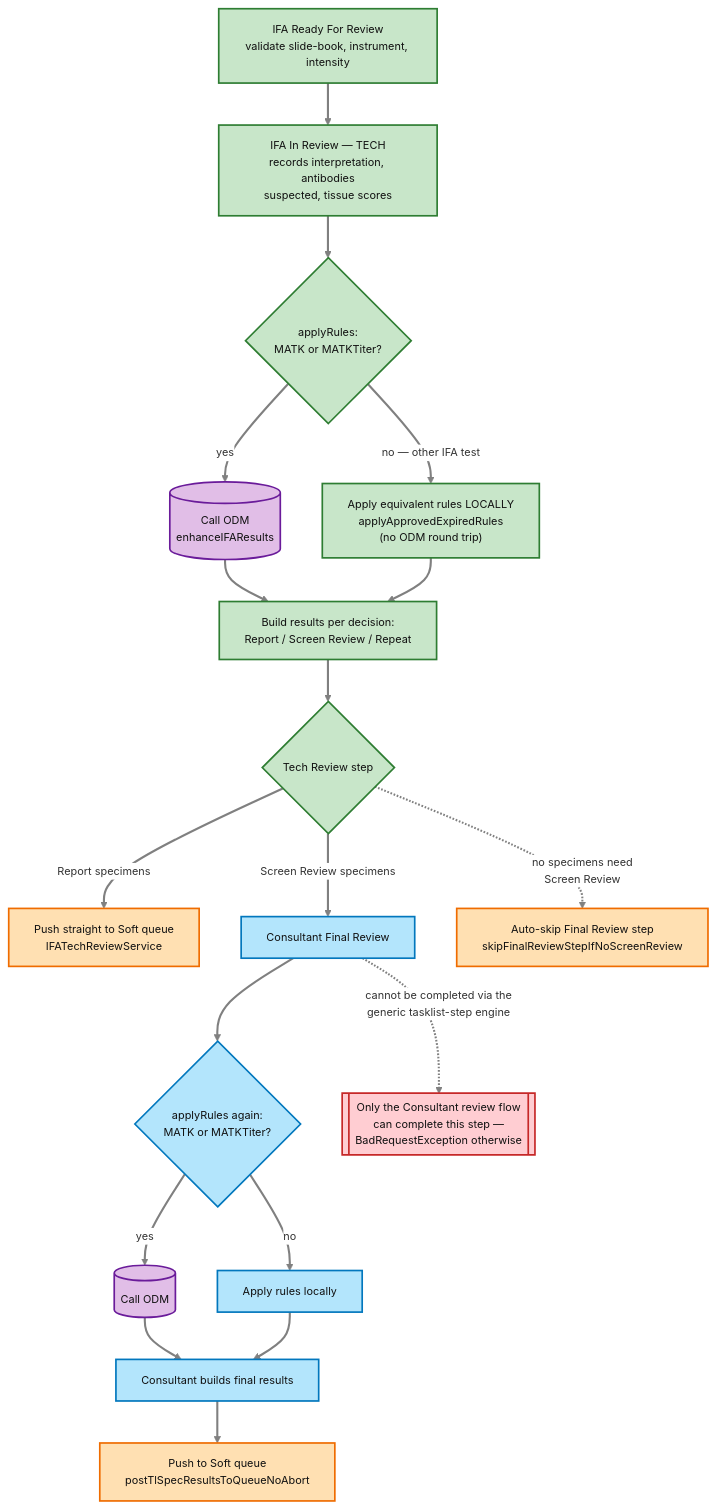
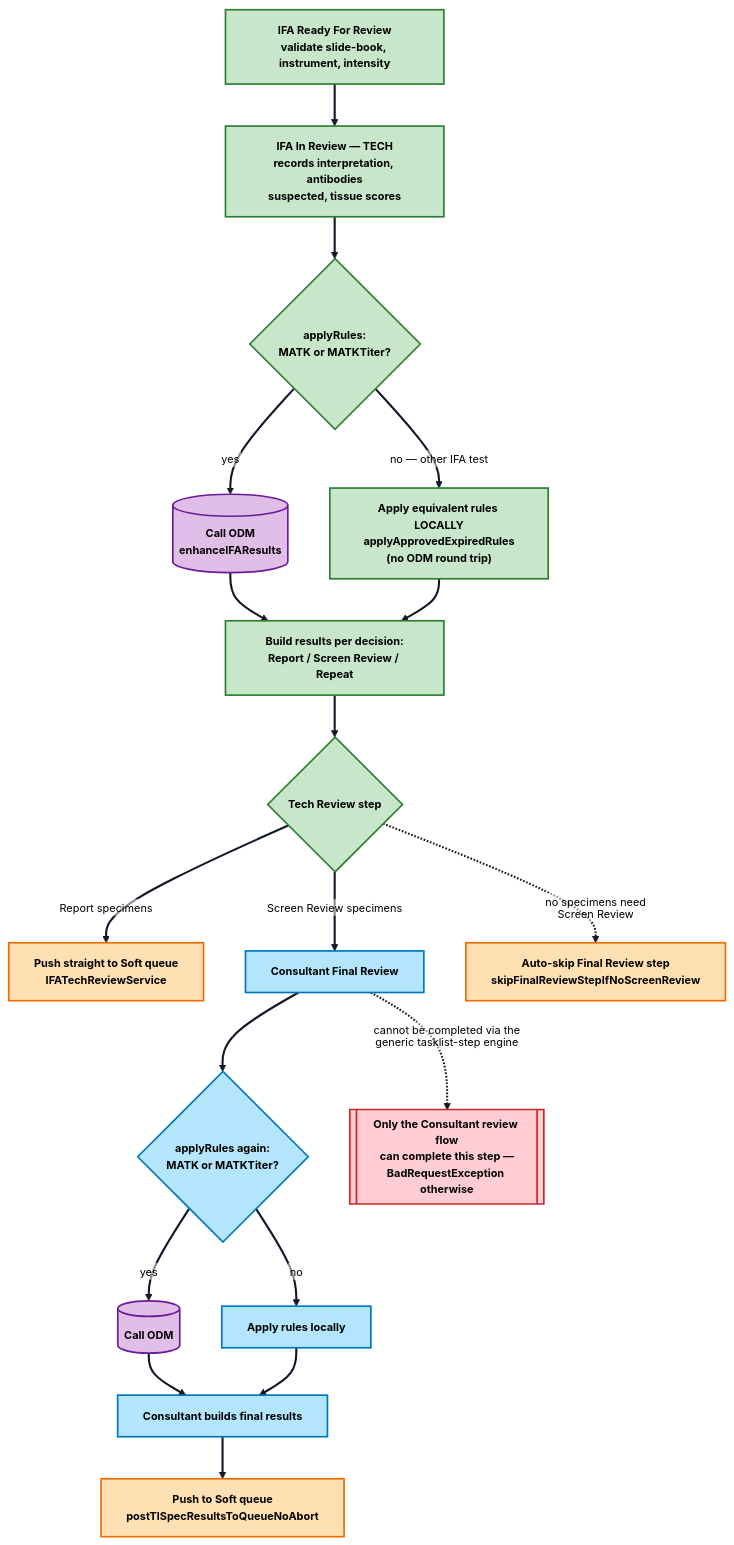
One commit to fengyanglin09/my-work-dashboard-app changed the fifth of 6 diagrams in src/assets/pages/app-resources/nerds/appDetails/00step/review-stage/review-stage.md. Above: the diagram before and after it, drawn with Mermaid. The commit also changed other lines of this file and 35 other files, not shown here.

Commit message:
Add new mermaid diagrams for workflow and testing processes

````diff
--- a/src/assets/pages/app-resources/nerds/appDetails/00step/review-stage/review-stage.md
+++ b/src/assets/pages/app-resources/nerds/appDetails/00step/review-stage/review-stage.md
@@ -266,38 +266,38 @@
 ```mermaid
-%%{init: {"theme":"base", "themeVariables":{"background":"#ffffff","lineColor":"#808080","edgeLabelBackground":"#ffffff","fontSize":"13px"}, "flowchart":{"curve":"basis"}}}%%
+%%{init: {"theme":"base", "themeVariables":{"background":"#ffffff","mainBkg":"#ffffff","primaryColor":"#f8fafc","primaryTextColor":"#000000","primaryBorderColor":"#111827","secondaryColor":"#f8fafc","secondaryTextColor":"#000000","secondaryBorderColor":"#111827","tertiaryColor":"#f8fafc","tertiaryTextColor":"#000000","tertiaryBorderColor":"#111827","lineColor":"#111827","defaultLinkColor":"#111827","nodeTextColor":"#000000","textColor":"#000000","titleColor":"#000000","edgeLabelBackground":"#ffffff","clusterBkg":"#f8fafc","clusterBorder":"#111827","fontSize":"13px"}, "themeCSS":".nodeLabel,.nodeLabel *,.edgeLabel,.edgeLabel *,.cluster-label,.cluster-label *,.label,.label *,foreignObject,foreignObject *,text,tspan{color:#000000 !important;fill:#000000 !important;font-weight:700 !important;}.edgeLabel rect,.labelBkg{fill:#ffffff !important;opacity:0.96 !important;}", "flowchart":{"curve":"basis","htmlLabels":false}}}%%
 flowchart TD
     A["IFA Ready For Review<br/>validate slide-book, instrument, intensity"] --> B["IFA In Review — TECH<br/>records interpretation, antibodies<br/>suspected, tissue scores"]
     B --> C{"applyRules:<br/>MATK or MATKTiter?"}
     C -->|yes| ODM1[("Call ODM<br/>enhanceIFAResults")]
     C -->|"no — other IFA test"| LOCAL["Apply equivalent rules LOCALLY<br/>applyApprovedExpiredRules<br/>(no ODM round trip)"]
     ODM1 --> D
     LOCAL --> D
     D["Build results per decision:<br/>Report / Screen Review / Repeat"] --> E{"Tech Review step"}
 
     E -->|Report specimens| PUSH1["Push straight to Soft queue<br/>IFATechReviewService"]
     E -->|Screen Review specimens| F["Consultant Final Review"]
     E -.->|"no specimens need<br/>Screen Review"| SKIP["Auto-skip Final Review step<br/>skipFinalReviewStepIfNoScreenReview"]
 
     F --> G{"applyRules again:<br/>MATK or MATKTiter?"}
     G -->|yes| ODM2[("Call ODM")]
     G -->|no| LOCAL2["Apply rules locally"]
     ODM2 --> H
     LOCAL2 --> H
     H["Consultant builds final results"] --> PUSH2["Push to Soft queue<br/>postTlSpecResultsToQueueNoAbort"]
 
     F -.->|"cannot be completed via the<br/>generic tasklist-step engine"| LOCK[["Only the Consultant review flow<br/>can complete this step —<br/>BadRequestException otherwise"]]
 
-    classDef tech   fill:#c8e6c9,stroke:#2e7d32,stroke-width:2px,color:#111111;
-    classDef cons   fill:#b3e5fc,stroke:#0277bd,stroke-width:2px,color:#111111;
-    classDef odm    fill:#e1bee7,stroke:#6a1b9a,stroke-width:2px,color:#111111;
-    classDef exit   fill:#ffe0b2,stroke:#ef6c00,stroke-width:2px,color:#111111;
-    classDef bad    fill:#ffcdd2,stroke:#c62828,stroke-width:2px,color:#111111;
+    classDef tech   fill:#c8e6c9,stroke:#2e7d32,stroke-width:2px,color:#000000,font-weight:700;
+    classDef cons   fill:#b3e5fc,stroke:#0277bd,stroke-width:2px,color:#000000,font-weight:700;
+    classDef odm    fill:#e1bee7,stroke:#6a1b9a,stroke-width:2px,color:#000000,font-weight:700;
+    classDef exit   fill:#ffe0b2,stroke:#ef6c00,stroke-width:2px,color:#000000,font-weight:700;
+    classDef bad    fill:#ffcdd2,stroke:#c62828,stroke-width:2px,color:#000000,font-weight:700;
 
     class A,B,C,D,E,LOCAL tech;
     class F,G,H,LOCAL2 cons;
     class ODM1,ODM2 odm;
     class PUSH1,PUSH2,SKIP exit;
     class LOCK bad;
 
-    linkStyle default stroke:#808080,stroke-width:2.5px
+    linkStyle default stroke:#111827,stroke-width:2.5px
 ```
````
